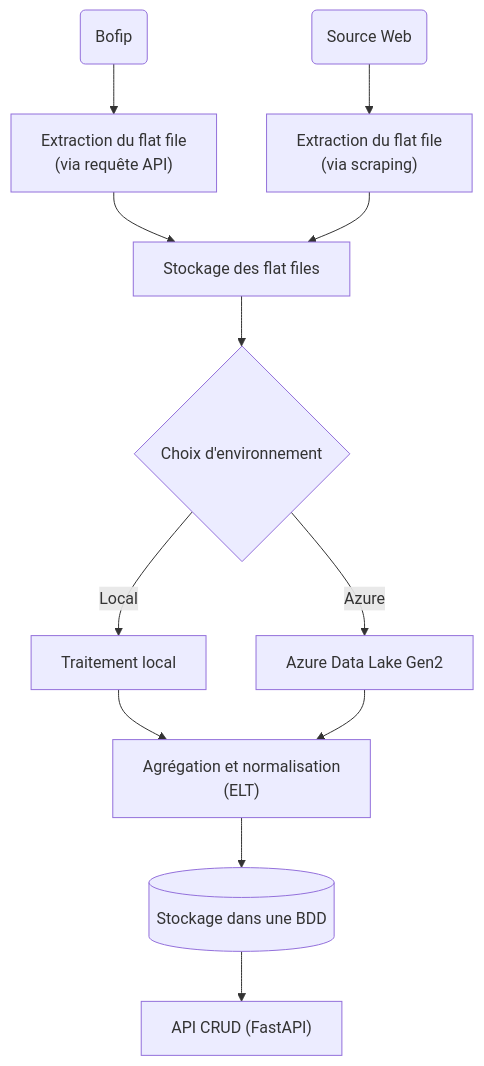
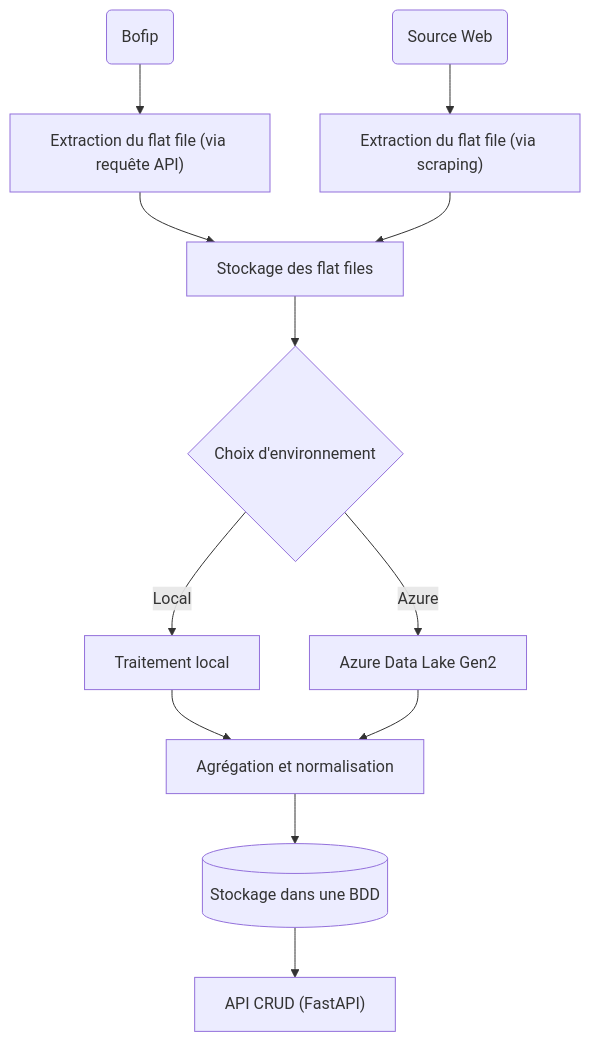
The diagram in README.md (jeremy-vangansberg/fiscalia), drawn with Mermaid before and after one commit. The commit also changed 2 other files, not shown here.

Commit message:
docs: :art: moving documentation files in docs

````diff
--- a/README.md
+++ b/README.md
@@ -7,14 +7,14 @@
 ```mermaid
 flowchart TD
-    A("Bofip") --> B["Extraction du flat file\n(via requête API)"]
-    C("Source Web") --> D["Extraction du flat file\n(via scraping)"]
+    A("Bofip") --> B["Extraction du flat file (via requête API)"]
+    C("Source Web") --> D["Extraction du flat file (via scraping)"]
     B --> E["Stockage des flat files"]
     D --> E
     E --> F{"Choix d'environnement"}
     F -- Local --> G["Traitement local"]
     F -- Azure --> H["Azure Data Lake Gen2"]
-    G --> I["Agrégation et normalisation\n(ELT)"]
+    G --> I["Agrégation et normalisation"]
     H --> I
     I --> J[(Stockage dans une BDD)]
     J --> M["API CRUD (FastAPI)"]
 ```
````
